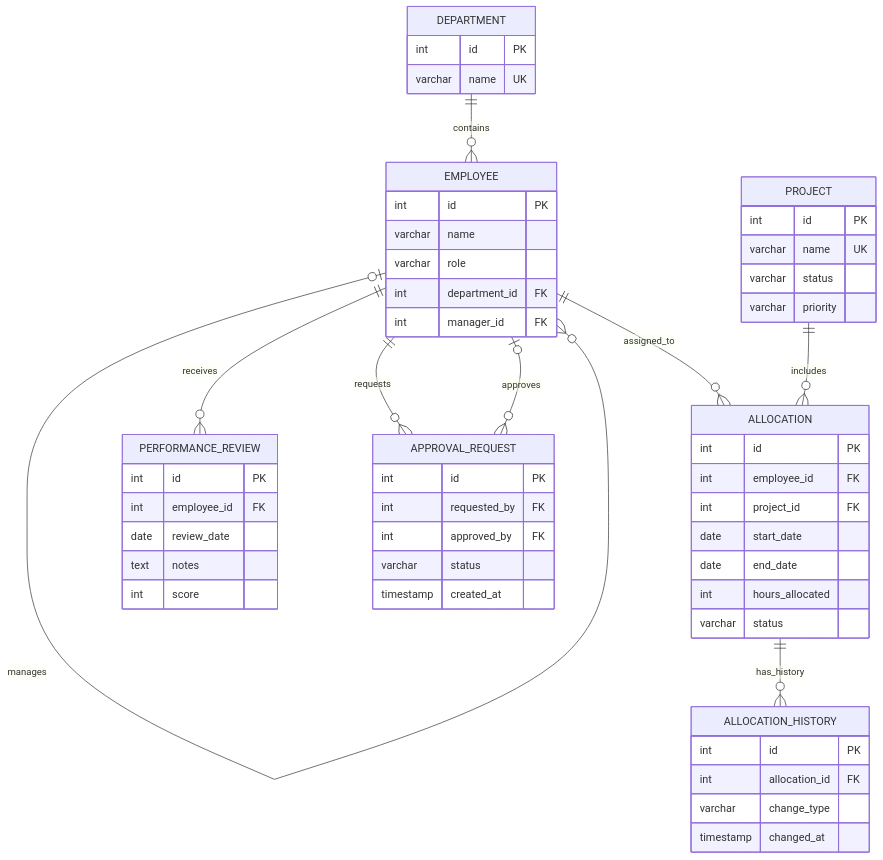
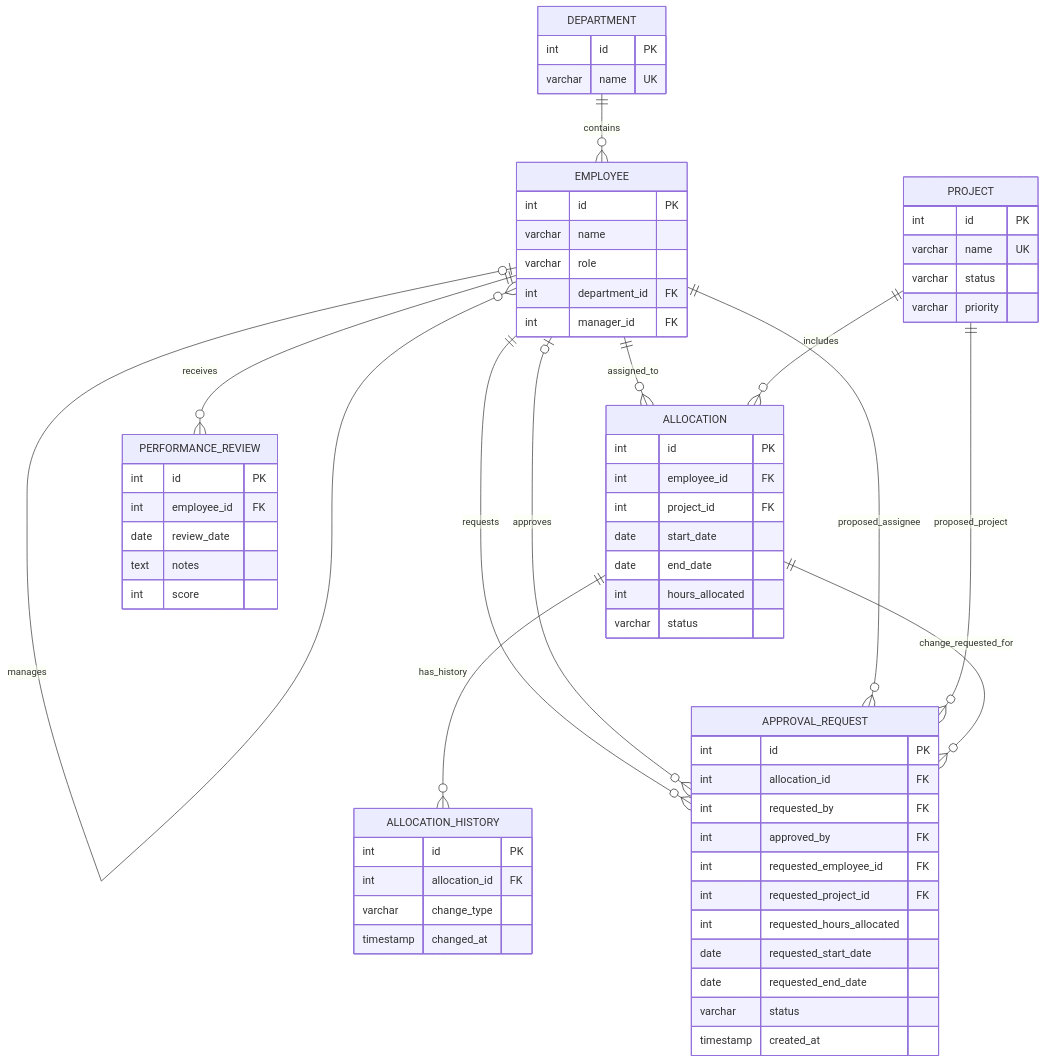
One commit to Uransh-Gautam/WorkGrid changed the diagram in dbms/02_er_diagram.md. Above: the diagram before and after it, drawn with Mermaid. The commit also changed other lines of this file, not shown here.

First line of the commit message:
Refine ER diagram documentation and descriptions

````diff
--- a/dbms/02_er_diagram.md
+++ b/dbms/02_er_diagram.md
@@ -17,64 +21,74 @@
 ```mermaid
 erDiagram
     DEPARTMENT ||--o{ EMPLOYEE : contains
     EMPLOYEE o|--o{ EMPLOYEE : manages
     EMPLOYEE ||--o{ ALLOCATION : assigned_to
     PROJECT ||--o{ ALLOCATION : includes
     ALLOCATION ||--o{ ALLOCATION_HISTORY : has_history
     EMPLOYEE ||--o{ PERFORMANCE_REVIEW : receives
+
     EMPLOYEE ||--o{ APPROVAL_REQUEST : requests
     EMPLOYEE o|--o{ APPROVAL_REQUEST : approves
+    EMPLOYEE ||--o{ APPROVAL_REQUEST : proposed_assignee
+    PROJECT ||--o{ APPROVAL_REQUEST : proposed_project
+    ALLOCATION ||--o{ APPROVAL_REQUEST : change_requested_for
 
     DEPARTMENT {
         int id PK
         varchar name UK
     }
 
     EMPLOYEE {
         int id PK
         varchar name
         varchar role
         int department_id FK
         int manager_id FK
     }
 
     PROJECT {
         int id PK
         varchar name UK
         varchar status
         varchar priority
     }
 
     ALLOCATION {
         int id PK
         int employee_id FK
         int project_id FK
         date start_date
         date end_date
         int hours_allocated
         varchar status
     }
 
     ALLOCATION_HISTORY {
         int id PK
         int allocation_id FK
         varchar change_type
         timestamp changed_at
     }
 
     PERFORMANCE_REVIEW {
         int id PK
         int employee_id FK
         date review_date
         text notes
         int score
     }
 
     APPROVAL_REQUEST {
         int id PK
+        int allocation_id FK
         int requested_by FK
         int approved_by FK
+        int requested_employee_id FK
+        int requested_project_id FK
+        int requested_hours_allocated
+        date requested_start_date
+        date requested_end_date
         varchar status
         timestamp created_at
     }
 ```
````
